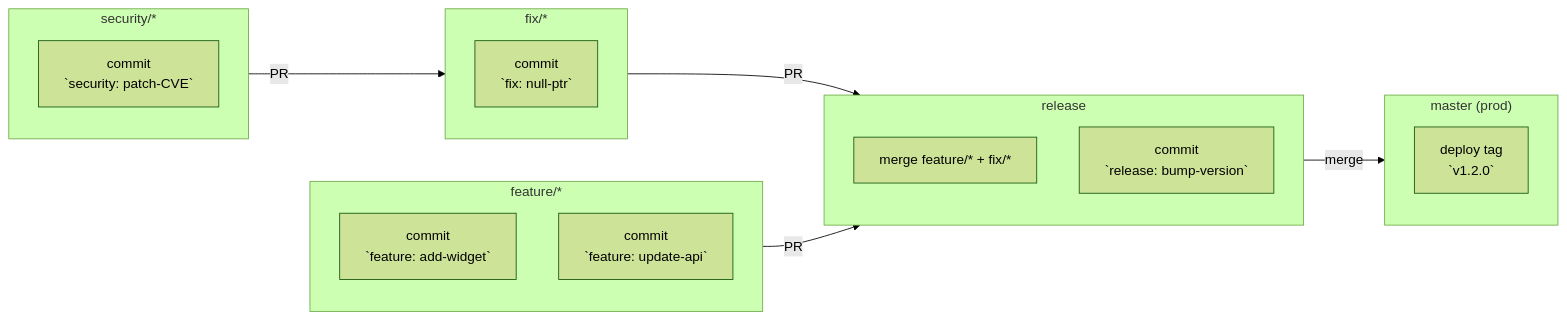
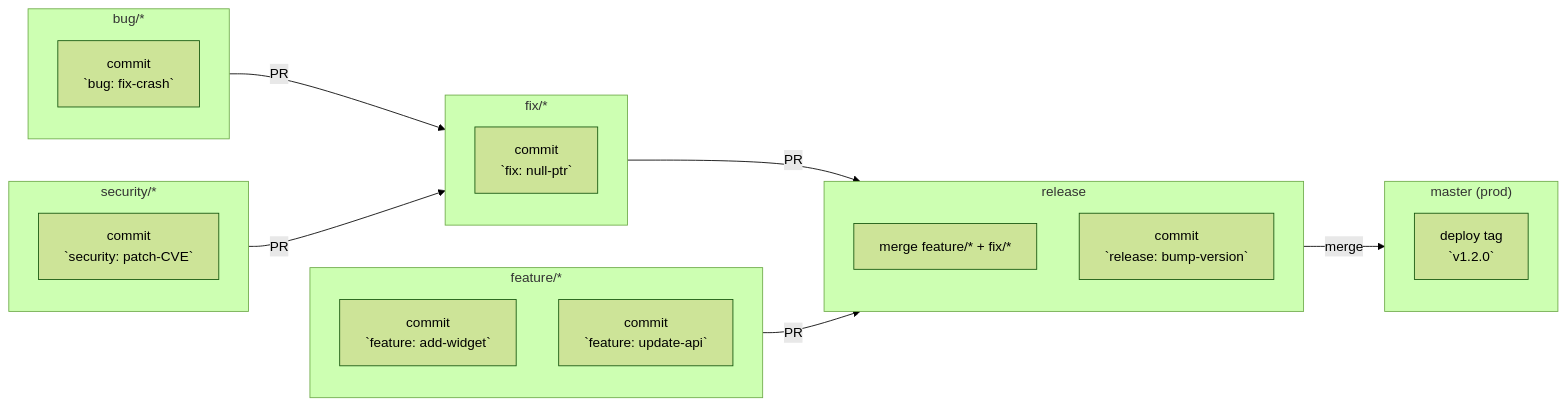
One commit to jonz-secops/security_data_models changed the diagram in guidelines.md. Above: the diagram before and after it, drawn with Mermaid (forest theme).

Commit message:
Add bug branch diagram to guidelines

````diff
--- a/guidelines.md
+++ b/guidelines.md
@@ -5,38 +5,44 @@
 ```mermaid
 
 flowchart LR
     %% ───── Branches (subgraphs make swim-lanes) ─────
     subgraph FEATURE_BRANCH ["feature/*"]
         direction TB
         F1["commit<br/>`feature: add-widget`"]
         F2["commit<br/>`feature: update-api`"]
     end
 
     subgraph SECURITY_BRANCH ["security/*"]
         direction TB
         S1["commit<br/>`security: patch-CVE`"]
+    end
+
+    subgraph BUG_BRANCH ["bug/*"]
+        direction TB
+        B1["commit<br/>`bug: fix-crash`"]
     end
 
     subgraph FIX_BRANCH ["fix/*"]
         direction TB
         X1["commit<br/>`fix: null-ptr`"]
     end
 
     subgraph RELEASE_BRANCH ["release"]
         direction TB
         R0["merge&nbsp;feature/*&nbsp;+&nbsp;fix/*"]
         R1["commit<br/>`release: bump-version`"]
     end
 
     subgraph MASTER_BRANCH ["master (prod)"]
         direction TB
         M1["deploy tag<br/>`v1.2.0`"]
     end
 
     %% ───── Flows ─────
     F2  -- PR -->  R0
     S1  -- PR -->  X1
+    B1  -- PR -->  X1
     X1  -- PR -->  R0
     R1  -- merge --> M1
 
 ```
````
